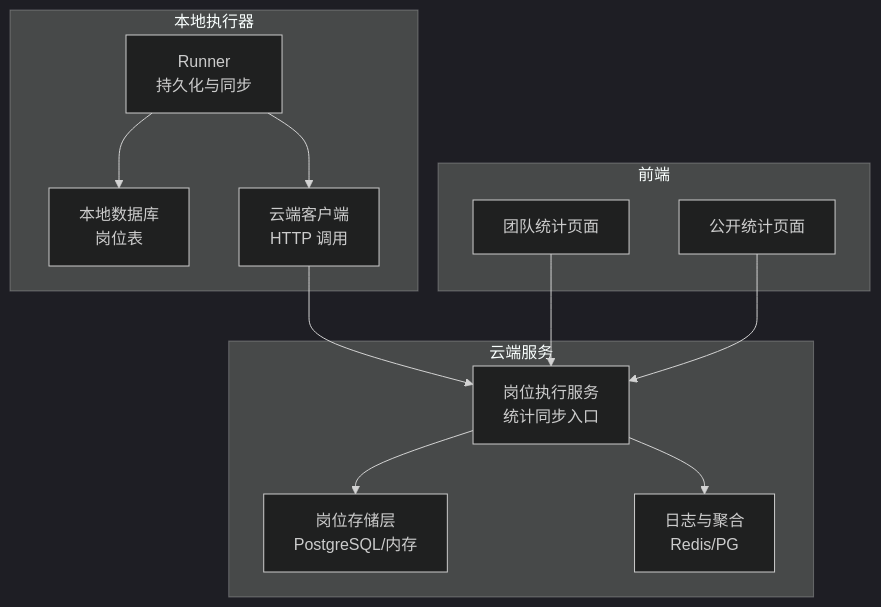
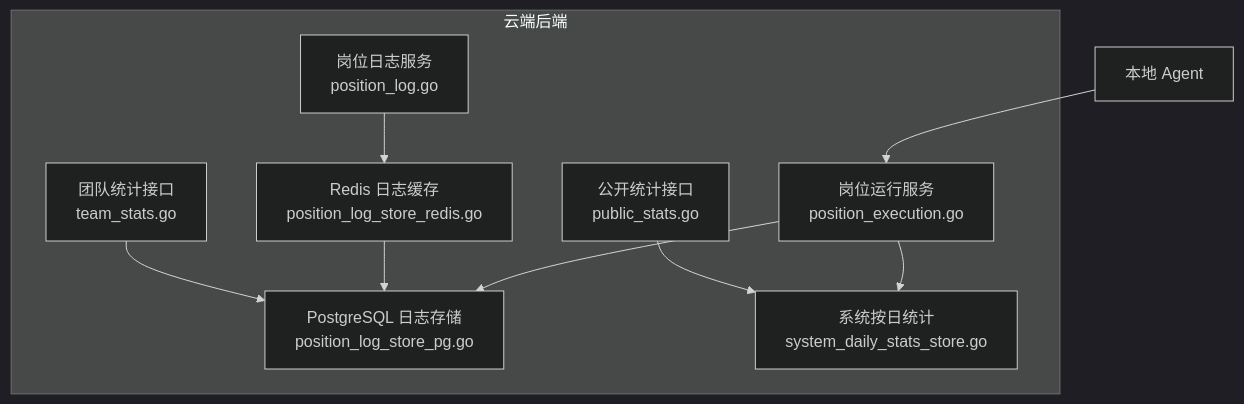
One commit to alvinwangzi/goodhr changed the first of 4 diagrams in .qoder/repowiki/zh/content/云端后端服务/候选人处理系统/候选人数据摄入/岗位统计同步.md. Above: the diagram before and after it, drawn with Mermaid (dark theme). The commit also changed other lines of this file and 149 other files, not shown here.

````diff
--- a/.qoder/repowiki/zh/content/云端后端服务/候选人处理系统/候选人数据摄入/岗位统计同步.md
+++ b/.qoder/repowiki/zh/content/云端后端服务/候选人处理系统/候选人数据摄入/岗位统计同步.md
@@ -41,24 +45,19 @@
 ```mermaid
 graph TB
-subgraph "本地执行器"
-A["Runner<br/>持久化与同步"]
-B["本地数据库<br/>岗位表"]
-C["云端客户端<br/>HTTP 调用"]
+subgraph "云端后端"
+Exec["岗位运行服务<br/>position_execution.go"]
+LogSvc["岗位日志服务<br/>position_log.go"]
+PgStore["PostgreSQL 日志存储<br/>position_log_store_pg.go"]
+RedisStore["Redis 日志缓存<br/>position_log_store_redis.go"]
+DailyStats["系统按日统计<br/>system_daily_stats_store.go"]
+PublicStats["公开统计接口<br/>public_stats.go"]
+TeamStats["团队统计接口<br/>team_stats.go"]
 end
-subgraph "云端服务"
-D["岗位执行服务<br/>统计同步入口"]
-E["岗位存储层<br/>PostgreSQL/内存"]
-F["日志与聚合<br/>Redis/PG"]
-end
-subgraph "前端"
-G["团队统计页面"]
-H["公开统计页面"]
-end
-A --> B
-A --> C
-C --> D
-D --> E
-D --> F
-G --> D
-H --> D
+LocalAgent["本地 Agent"] --> Exec
+Exec --> PgStore
+Exec --> DailyStats
+LogSvc --> RedisStore
+RedisStore --> PgStore
+PublicStats --> DailyStats
+TeamStats --> PgStore
 ```
````
